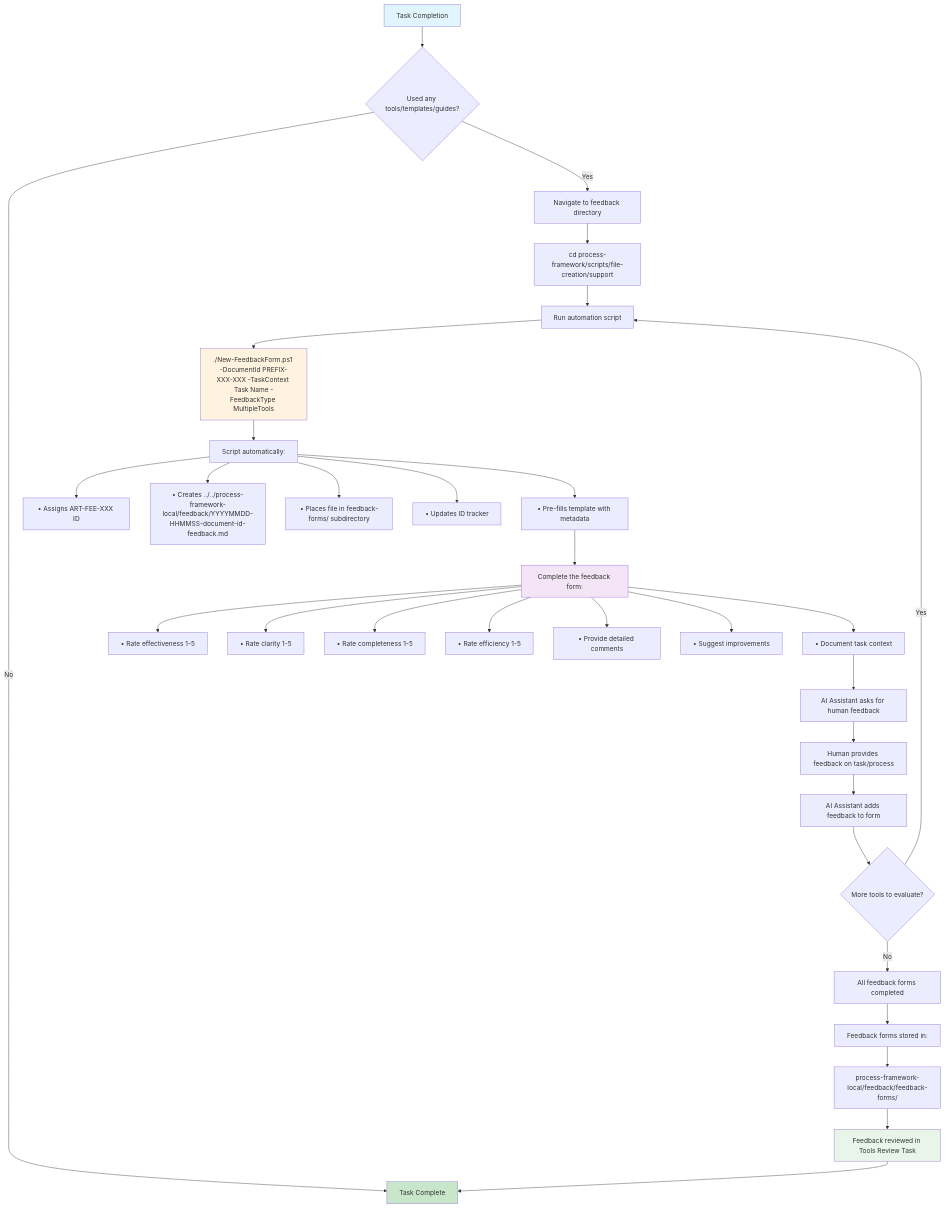
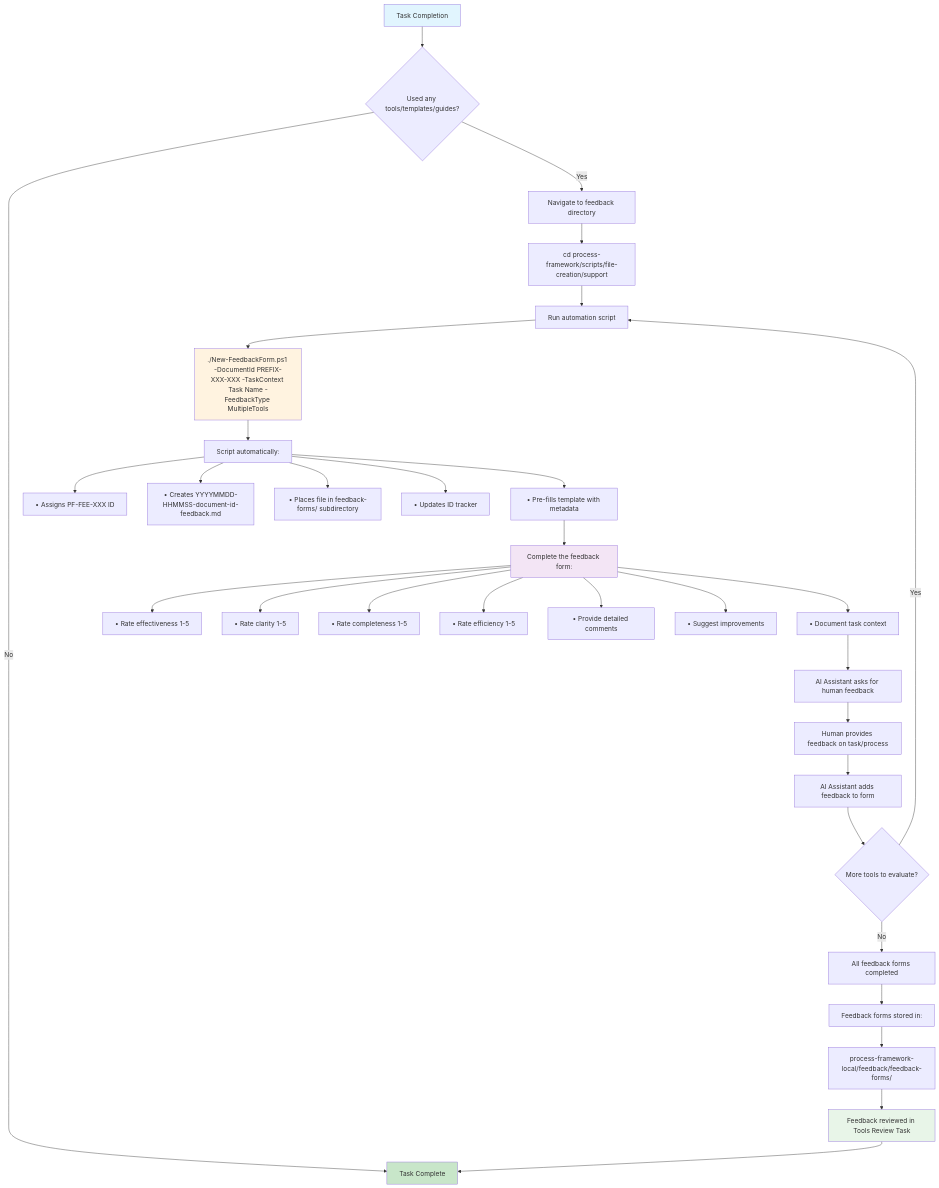
One commit to Abtomation/LinkWatcher changed the diagram in process-framework/visualization/process-flows/feedback-process-flowchart.md. Above: the diagram before and after it, drawn with Mermaid. The commit also changed other lines of this file and 354 other files, not shown here.

````diff
--- a/process-framework/visualization/process-flows/feedback-process-flowchart.md
+++ b/process-framework/visualization/process-flows/feedback-process-flowchart.md
@@ -17,45 +17,45 @@
 ```mermaid
 flowchart TD
     A[Task Completion] --> B{Used any tools/templates/guides?}
     B -->|No| Z[Task Complete]
     B -->|Yes| C[Navigate to feedback directory]
 
     C --> D[cd process-framework/scripts/file-creation/support]
     D --> E[Run automation script]
     E --> F[./New-FeedbackForm.ps1 -DocumentId PREFIX-XXX-XXX -TaskContext Task Name -FeedbackType MultipleTools]
 
     F --> G[Script automatically:]
-    G --> H[• Assigns ART-FEE-XXX ID]
-    G --> I[• Creates ../../process-framework-local/feedback/YYYYMMDD-HHMMSS-document-id-feedback.md]
+    G --> H[• Assigns PF-FEE-XXX ID]
+    G --> I[• Creates YYYYMMDD-HHMMSS-document-id-feedback.md]
     G --> J[• Places file in feedback-forms/ subdirectory]
     G --> K[• Updates ID tracker]
     G --> L[• Pre-fills template with metadata]
 
     L --> M[Complete the feedback form:]
     M --> N[• Rate effectiveness 1-5]
     M --> O[• Rate clarity 1-5]
     M --> P[• Rate completeness 1-5]
     M --> Q[• Rate efficiency 1-5]
     M --> R[• Provide detailed comments]
     M --> S[• Suggest improvements]
     M --> T[• Document task context]
 
     T --> T1[AI Assistant asks for human feedback]
     T1 --> T2[Human provides feedback on task/process]
     T2 --> T3[AI Assistant adds feedback to form]
 
     T3 --> U{More tools to evaluate?}
     U -->|Yes| E
     U -->|No| V[All feedback forms completed]
 
     V --> W[Feedback forms stored in:]
     W --> X[process-framework-local/feedback/feedback-forms/]
     X --> Y[Feedback reviewed in Tools Review Task]
     Y --> Z[Task Complete]
 
     style A fill:#e1f5fe
     style Z fill:#c8e6c9
     style F fill:#fff3e0
     style M fill:#f3e5f5
     style Y fill:#e8f5e8
 ```
````
